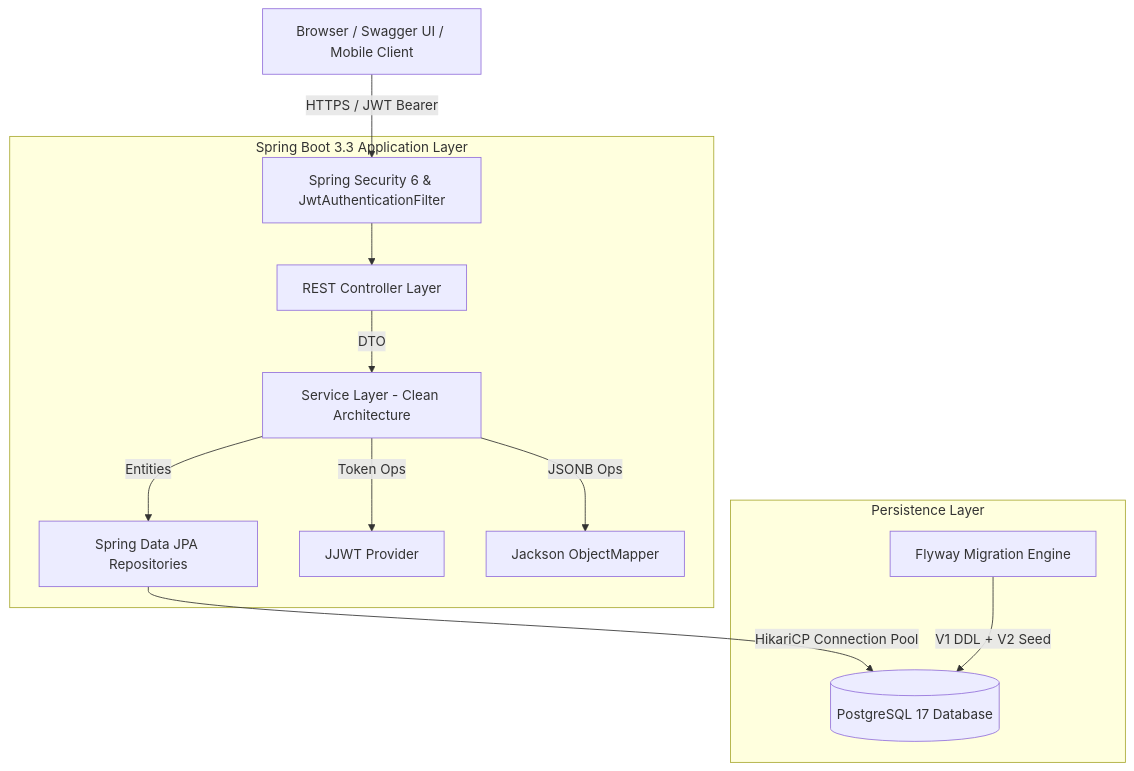
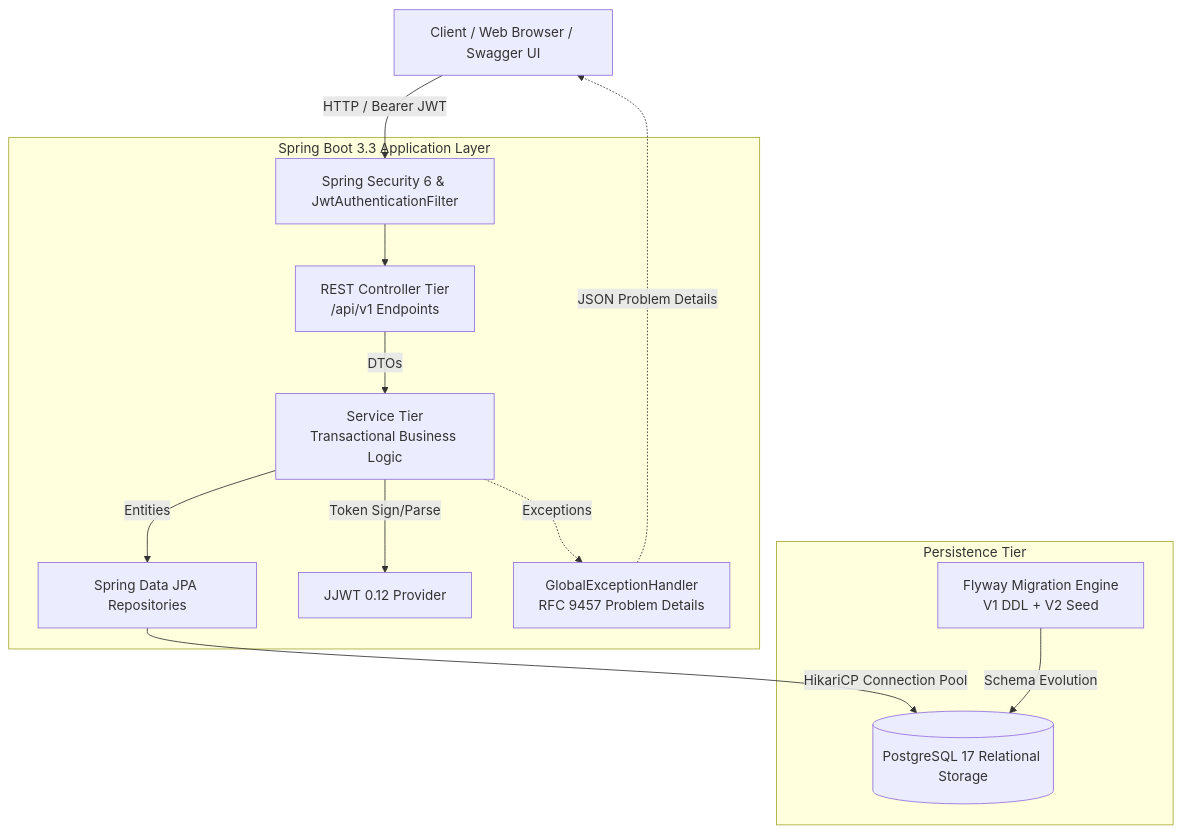
Before and after one commit to junhuwh/test1: the second of 3 diagrams in README.md, drawn with Mermaid. The commit also changed other lines of this file and 8 other files, not shown here.

````diff
--- a/README.md
+++ b/README.md
@@ -55,17 +104,19 @@
 ```mermaid
-graph TD
-    Client[Browser / Swagger UI / Mobile Client] -->|HTTPS / JWT Bearer| Security[Spring Security 6 & JwtAuthenticationFilter]
+flowchart TD
+    Client[Client / Web Browser / Swagger UI] -->|HTTP / Bearer JWT| Security[Spring Security 6 & JwtAuthenticationFilter]
     
-    subgraph Spring Boot 3.3 Application Layer
-        Security --> Controller[REST Controller Layer]
-        Controller -->|DTO| Service[Service Layer - Clean Architecture]
+    subgraph AppLayer [Spring Boot 3.3 Application Layer]
+        Security --> Controller[REST Controller Tier<br/>/api/v1 Endpoints]
+        Controller -->|DTOs| Service[Service Tier<br/>Transactional Business Logic]
         Service -->|Entities| Repository[Spring Data JPA Repositories]
-        Service -->|Token Ops| JwtConfig[JJWT Provider]
-        Service -->|JSONB Ops| Jackson[Jackson ObjectMapper]
+        Service -->|Token Sign/Parse| JwtConfig[JJWT 0.12 Provider]
+        Service -.->|Exceptions| ExceptionAdvice[GlobalExceptionHandler<br/>RFC 9457 Problem Details]
     end
 
-    subgraph Persistence Layer
-        Repository -->|HikariCP Connection Pool| Postgres[(PostgreSQL 17 Database)]
-        Flyway[Flyway Migration Engine] -->|V1 DDL + V2 Seed| Postgres
+    subgraph PersistenceLayer [Persistence Tier]
+        Repository -->|HikariCP Connection Pool| Postgres[(PostgreSQL 17 Relational Storage)]
+        Flyway[Flyway Migration Engine<br/>V1 DDL + V2 Seed] -->|Schema Evolution| Postgres
     end
+
+    ExceptionAdvice -.->|JSON Problem Details| Client
 ```
````
